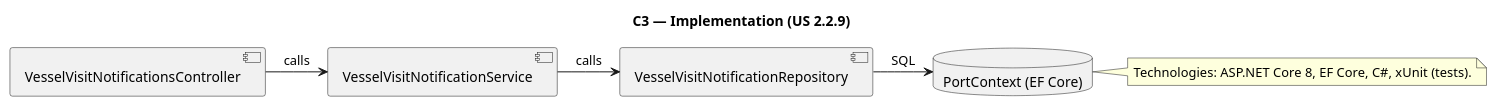
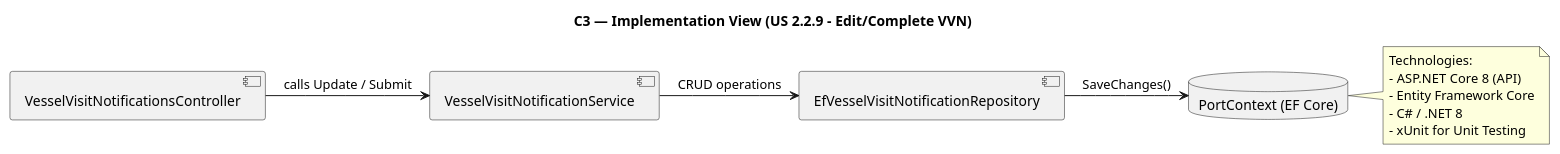
Before and after one commit to Departamento-de-Engenharia-Informatica/LEI-SEM5-PI-2025-26-3DM-03: the diagram in Docs/Sprint A/US 2.2.9/Modelo C4/C3_Impl.puml, drawn with PlantUML. The commit also changed other lines of this file and 12 other files, not shown here.

Commit message:
Refactor UML diagrams for Vessel Visit Notifications #10

```diff
--- a/Docs/Sprint A/US 2.2.9/Modelo C4/C3_Impl.puml
+++ b/Docs/Sprint A/US 2.2.9/Modelo C4/C3_Impl.puml
@@ -2,17 +1,21 @@
 @startuml C3_Impl
-title C3 — Implementation (US 2.2.9)
+title C3 — Implementation View (US 2.2.9 – Edit/Complete VVN)
 
 component "VesselVisitNotificationsController" as Controller
 component "VesselVisitNotificationService" as Service
-component "VesselVisitNotificationRepository" as Repo
+component "EfVesselVisitNotificationRepository" as Repo
 database "PortContext (EF Core)" as Db
 
-Controller -> Service : calls
-Service -> Repo : calls
-Repo -> Db : SQL
+Controller -> Service : calls Update / Submit
+Service -> Repo : CRUD operations
+Repo -> Db : SaveChanges()
 
 note right
-Technologies: ASP.NET Core 8, EF Core, C#, xUnit (tests).
+Technologies:
+- ASP.NET Core 8 (API)
+- Entity Framework Core
+- C# / .NET 8
+- xUnit for Unit Testing
 end note
 
 @enduml
```
